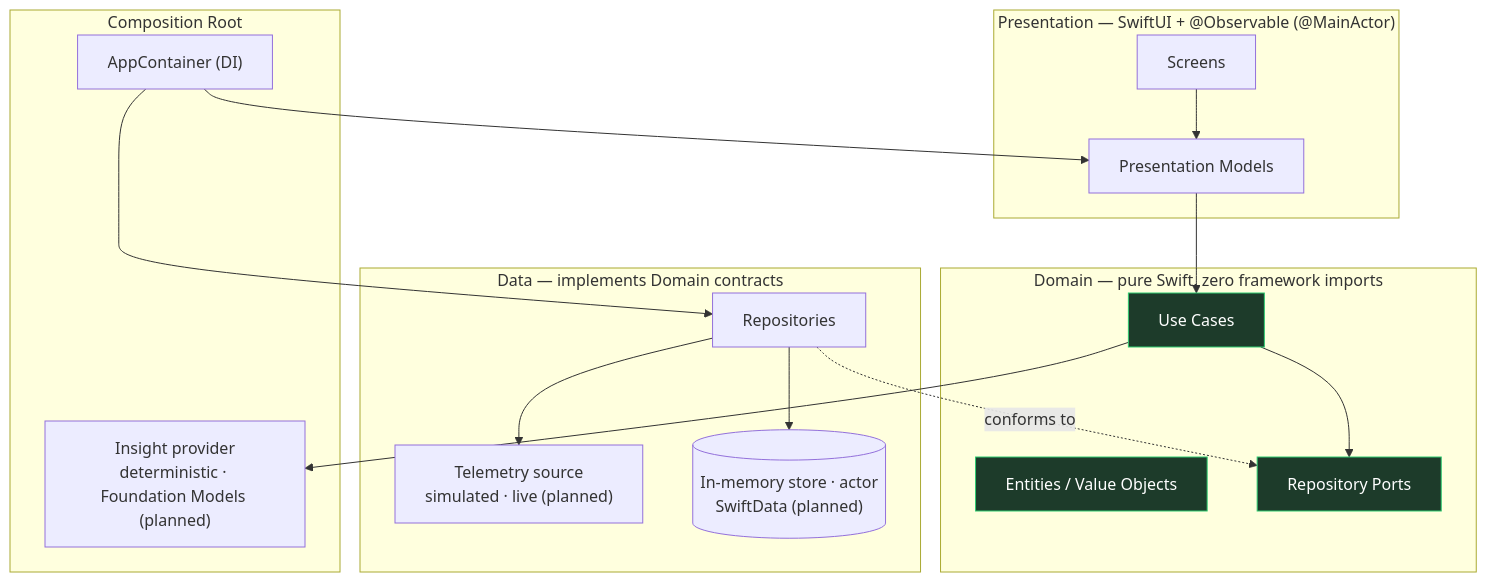
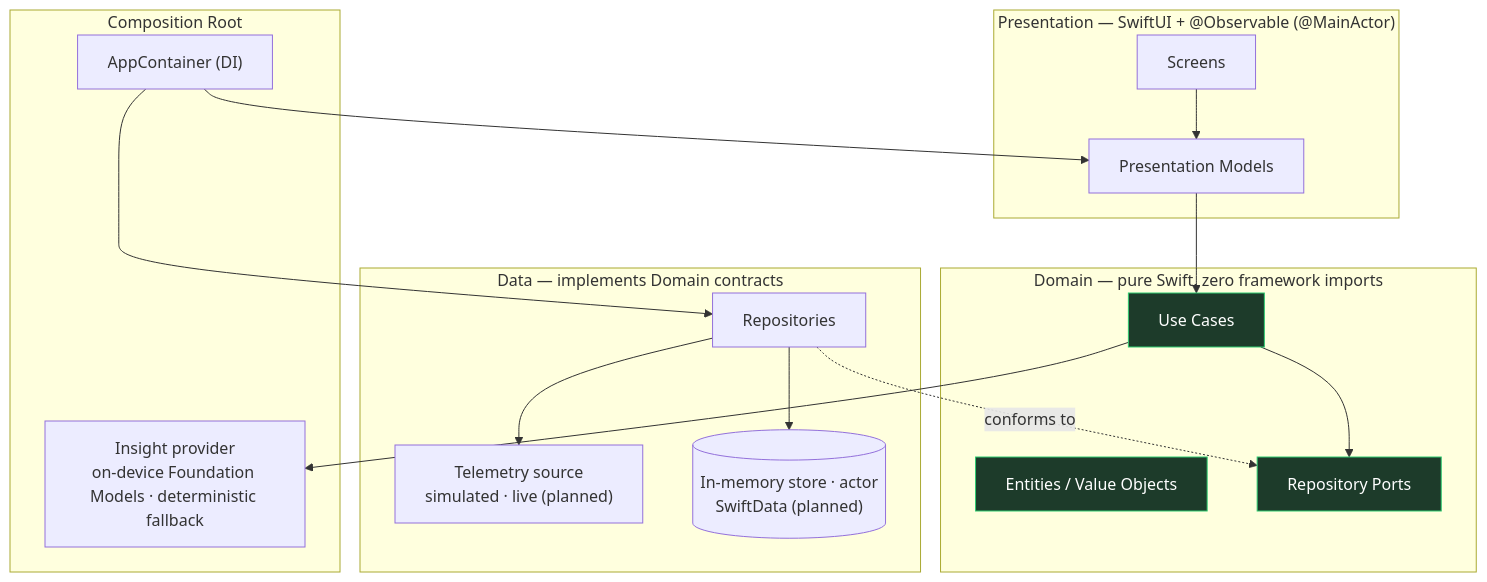
Before and after one commit to donatogomez/signal-flow: the first of 2 diagrams in README.md, drawn with Mermaid. The commit also changed other lines of this file and 28 other files, not shown here.

First line of the commit message:
Implement Foundation Models insights (#8)

````diff
--- a/README.md
+++ b/README.md
@@ -78,33 +79,33 @@
 ```mermaid
 flowchart TB
     subgraph Presentation["Presentation — SwiftUI + @Observable (@MainActor)"]
         V[Screens]
         PM[Presentation Models]
     end
     subgraph Domain["Domain — pure Swift, zero framework imports"]
         UC[Use Cases]
         E[Entities / Value Objects]
         RP[Repository Ports]
     end
     subgraph Data["Data — implements Domain contracts"]
         REPO[Repositories]
         GW["Telemetry source<br/>simulated · live (planned)"]
         STORE[("In-memory store · actor<br/>SwiftData (planned)")]
     end
     subgraph Platform["Composition Root"]
         DI["AppContainer (DI)"]
-        FM["Insight provider<br/>deterministic · Foundation Models (planned)"]
+        FM["Insight provider<br/>on-device Foundation Models · deterministic fallback"]
     end
 
     V --> PM --> UC
     UC --> RP
     REPO -. conforms to .-> RP
     REPO --> GW
     REPO --> STORE
     DI --> REPO
     DI --> PM
     UC --> FM
 
     classDef domain fill:#1d3b2a,stroke:#2ecc71,color:#fff;
     class UC,E,RP domain;
 ```
````
